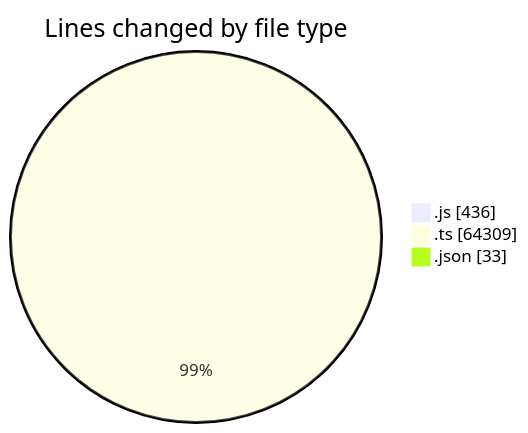
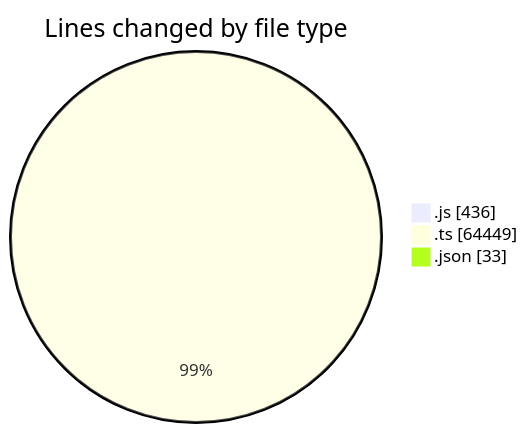
The first of 2 diagrams in 2026-07-27/cda/README.md (momahboobian/code-tracking), drawn with Mermaid before and after one commit. The commit also changed other lines of this file and 1 other file, not shown here.

````diff
--- a/2026-07-27/cda/README.md
+++ b/2026-07-27/cda/README.md
@@ -31,7 +32,7 @@
 ```mermaid
 pie showData
 title Lines changed by file type
 ".js" : 436
-".ts" : 64309
+".ts" : 64449
 ".json" : 33
 ```
````
